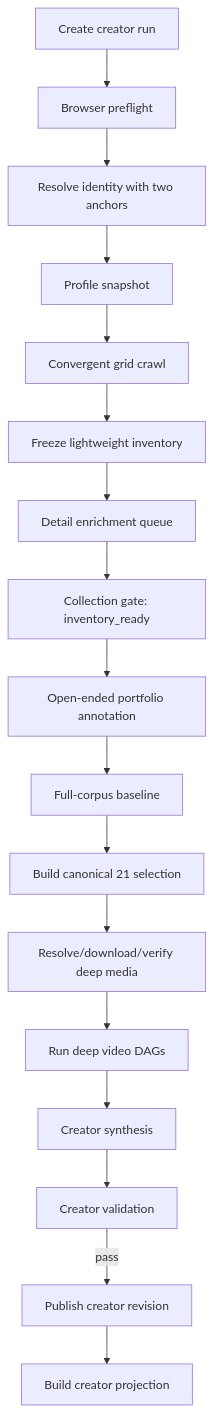
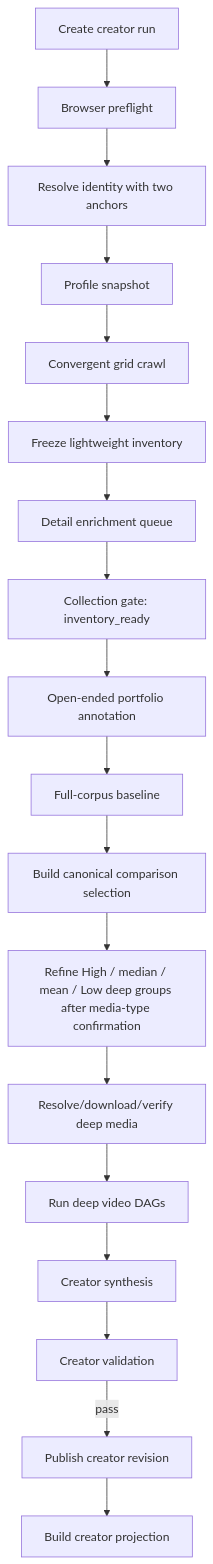
The second of 3 diagrams in specs/creator-analysis-os-v1/pipeline-and-gates.md (cyl19970726/self-media-content-intelligence), drawn with Mermaid before and after one commit. The commit also changed other lines of this file and 33 other files, not shown here.

````diff
--- a/specs/creator-analysis-os-v1/pipeline-and-gates.md
+++ b/specs/creator-analysis-os-v1/pipeline-and-gates.md
@@ -79,19 +79,20 @@
 ```mermaid
 flowchart TD
     C0[Create creator run] --> C1[Browser preflight]
     C1 --> C2[Resolve identity with two anchors]
     C2 --> C3[Profile snapshot]
     C3 --> C4[Convergent grid crawl]
     C4 --> C5[Freeze lightweight inventory]
     C5 --> C6[Detail enrichment queue]
     C6 --> C7[Collection gate: inventory_ready]
     C7 --> C8[Open-ended portfolio annotation]
     C8 --> C9[Full-corpus baseline]
-    C9 --> C10[Build canonical 21 selection]
-    C10 --> C11[Resolve/download/verify deep media]
+    C9 --> C10[Build canonical comparison selection]
+    C10 --> C10B[Refine High / median / mean / Low deep groups after media-type confirmation]
+    C10B --> C11[Resolve/download/verify deep media]
     C11 --> C12[Run deep video DAGs]
     C12 --> C13[Creator synthesis]
     C13 --> C14[Creator validation]
     C14 -->|pass| C15[Publish creator revision]
     C15 --> C16[Build creator projection]
 ```
````
